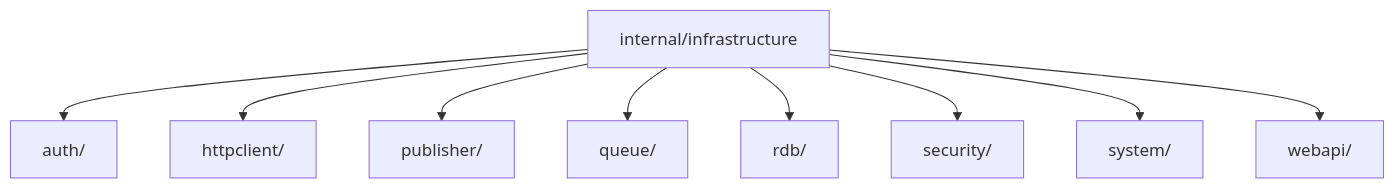
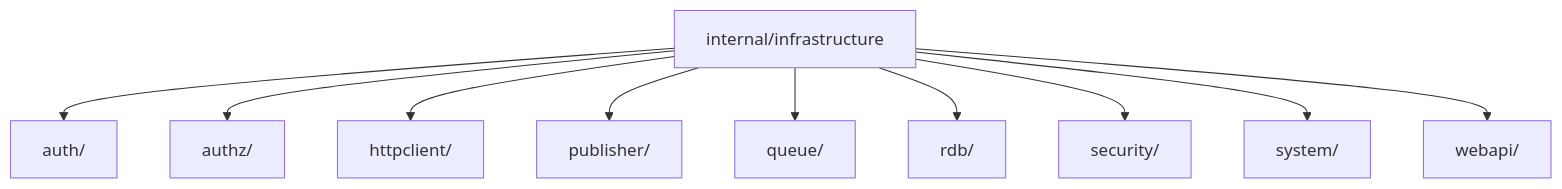
The fourth of 5 diagrams in internal/infrastructure/README.ja.md (Tomy-ch/go-boilerplate), drawn with Mermaid before and after one commit. The commit also changed other lines of this file and 5 other files, not shown here.

````diff
--- a/internal/infrastructure/README.ja.md
+++ b/internal/infrastructure/README.ja.md
@@ -105,21 +105,23 @@
 ```mermaid
 flowchart TB
     Root["internal/infrastructure"]
     Auth["auth/"]
+    Authz["authz/"]
     HTTP["httpclient/"]
     Pub["publisher/"]
     Queue["queue/"]
     RDB["rdb/"]
     Sec["security/"]
     Sys["system/"]
     Web["webapi/"]
 
     Root --> Auth
+    Root --> Authz
     Root --> HTTP
     Root --> Pub
     Root --> Queue
     Root --> RDB
     Root --> Sec
     Root --> Sys
     Root --> Web
 ```
````
